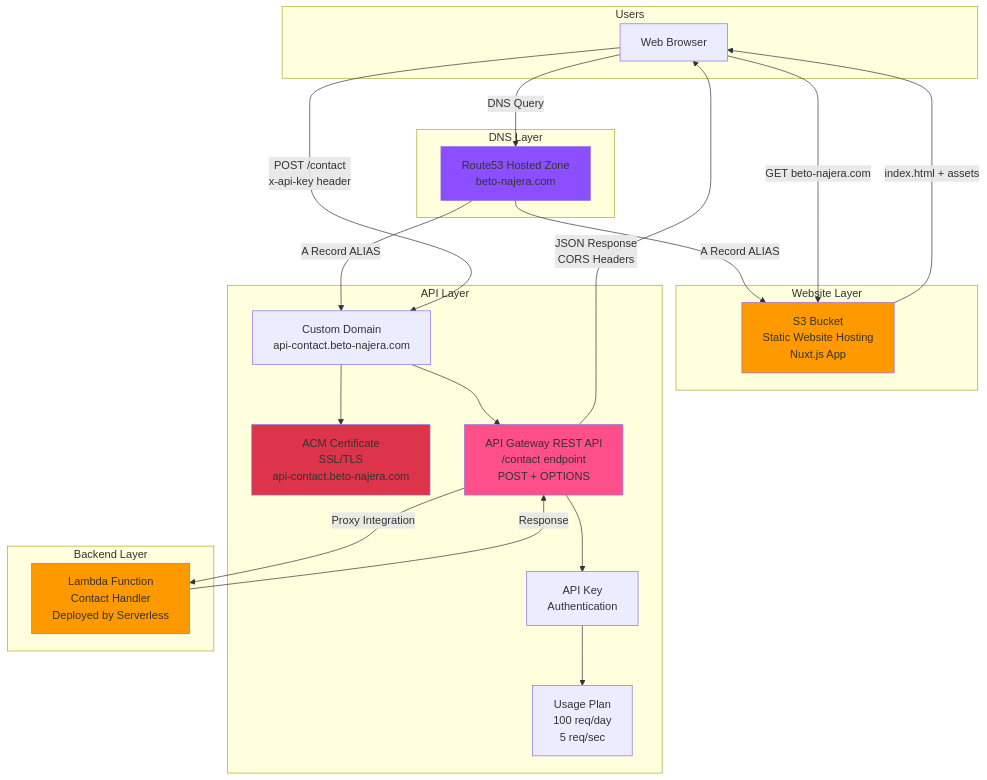
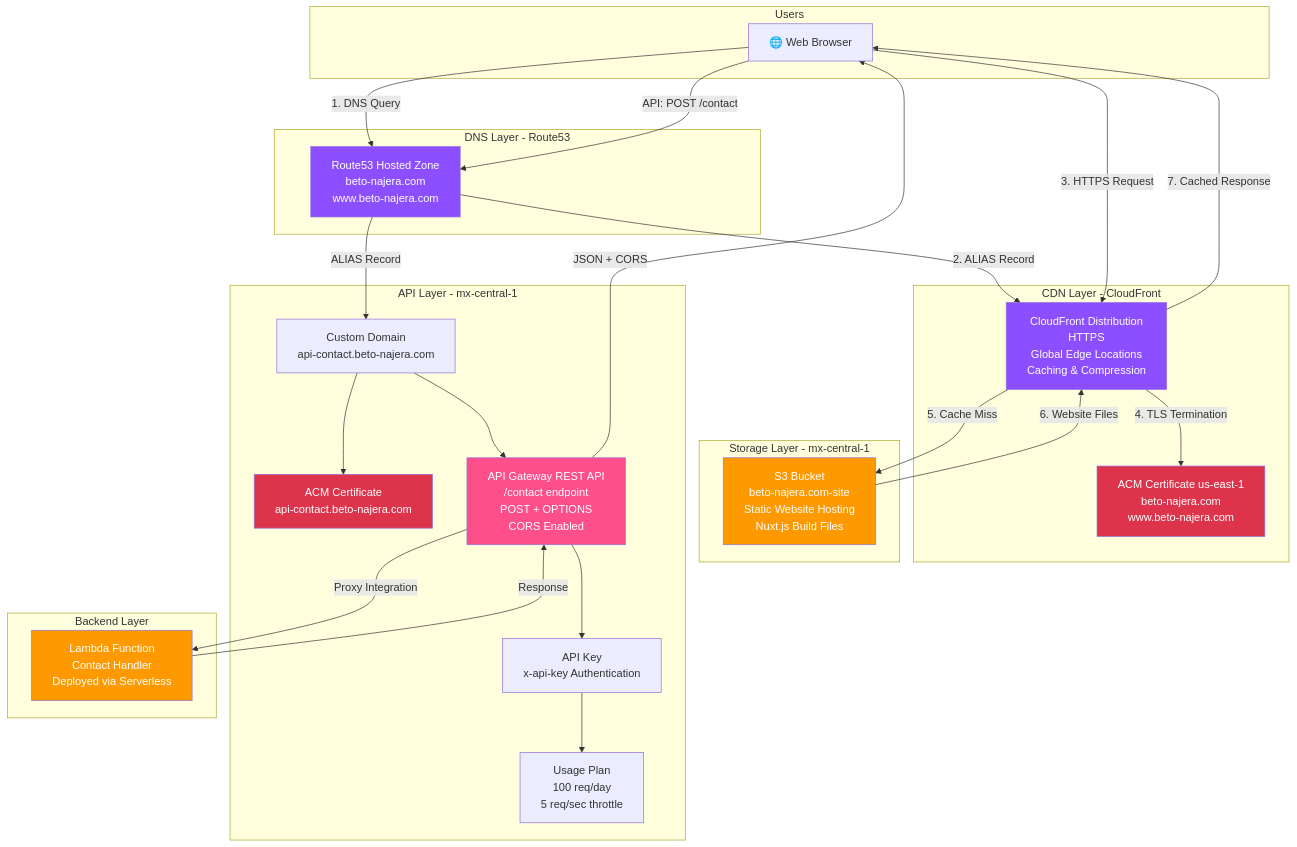
Before and after one commit to beto-mn/beto-mn-platform: the first of 3 diagrams in infra/README.md, drawn with Mermaid. The commit also changed other lines of this file and 5 other files, not shown here.

Commit message:
✨ feat: update README and modules for CloudFront integration, enhance S3 module documentation, and add new outputs for website URLs and CloudFront details

````diff
--- a/infra/README.md
+++ b/infra/README.md
@@ -14,48 +15,57 @@
 ```mermaid
 graph TB
     subgraph "Users"
-        Browser[Web Browser]
+        Browser[🌐 Web Browser]
     end
 
-    subgraph "DNS Layer"
-        Route53[Route53 Hosted Zone<br/>beto-najera.com]
+    subgraph "DNS Layer - Route53"
+        Route53[Route53 Hosted Zone<br/>beto-najera.com<br/>www.beto-najera.com]
     end
 
-    subgraph "Website Layer"
-        S3[S3 Bucket<br/>Static Website Hosting<br/>Nuxt.js App]
+    subgraph "CDN Layer - CloudFront"
+        CF[CloudFront Distribution<br/>HTTPS<br/>Global Edge Locations<br/>Caching & Compression]
+        ACMWeb[ACM Certificate us-east-1<br/>beto-najera.com<br/>www.beto-najera.com]
     end
 
-    subgraph "API Layer"
-        ACM[ACM Certificate<br/>SSL/TLS<br/>api-contact.beto-najera.com]
-        APIGateway[API Gateway REST API<br/>/contact endpoint<br/>POST + OPTIONS]
-        APIKey[API Key<br/>Authentication]
-        UsagePlan[Usage Plan<br/>100 req/day<br/>5 req/sec]
+    subgraph "Storage Layer - mx-central-1"
+        S3[S3 Bucket<br/>beto-najera.com-site<br/>Static Website Hosting<br/>Nuxt.js Build Files]
+    end
+
+    subgraph "API Layer - mx-central-1"
+        ACMAPI[ACM Certificate<br/>api-contact.beto-najera.com]
+        APIGateway[API Gateway REST API<br/>/contact endpoint<br/>POST + OPTIONS<br/>CORS Enabled]
+        APIKey[API Key<br/>x-api-key Authentication]
+        UsagePlan[Usage Plan<br/>100 req/day<br/>5 req/sec throttle]
         CustomDomain[Custom Domain<br/>api-contact.beto-najera.com]
     end
 
     subgraph "Backend Layer"
-        Lambda[Lambda Function<br/>Contact Handler<br/>Deployed by Serverless]
+        Lambda[Lambda Function<br/>Contact Handler<br/>Deployed via Serverless]
     end
 
-    Browser -->|DNS Query| Route53
-    Route53 -->|A Record ALIAS| S3
-    Route53 -->|A Record ALIAS| CustomDomain
+    Browser -->|1. DNS Query| Route53
+    Route53 -->|2. ALIAS Record| CF
+    Browser -->|3. HTTPS Request| CF
+    CF -->|4. TLS Termination| ACMWeb
+    CF -->|5. Cache Miss| S3
+    S3 -->|6. Website Files| CF
+    CF -->|7. Cached Response| Browser
     
-    Browser -->|GET beto-najera.com| S3
-    S3 -->|index.html + assets| Browser
-    
-    Browser -->|POST /contact<br/>x-api-key header| CustomDomain
-    CustomDomain --> ACM
+    Browser -->|API: POST /contact| Route53
+    Route53 -->|ALIAS Record| CustomDomain
+    CustomDomain --> ACMAPI
     CustomDomain --> APIGateway
     APIGateway --> APIKey
     APIKey --> UsagePlan
     APIGateway -->|Proxy Integration| Lambda
     Lambda -->|Response| APIGateway
-    APIGateway -->|JSON Response<br/>CORS Headers| Browser
+    APIGateway -->|JSON + CORS| Browser
 
-    style S3 fill:#ff9900
-    style APIGateway fill:#ff4f8b
-    style Lambda fill:#ff9900
-    style Route53 fill:#8c4fff
-    style ACM fill:#dd344c
+    style CF fill:#8c4fff,color:#fff
+    style S3 fill:#ff9900,color:#fff
+    style APIGateway fill:#ff4f8b,color:#fff
+    style Lambda fill:#ff9900,color:#fff
+    style Route53 fill:#8c4fff,color:#fff
+    style ACMWeb fill:#dd344c,color:#fff
+    style ACMAPI fill:#dd344c,color:#fff
 ```
````
